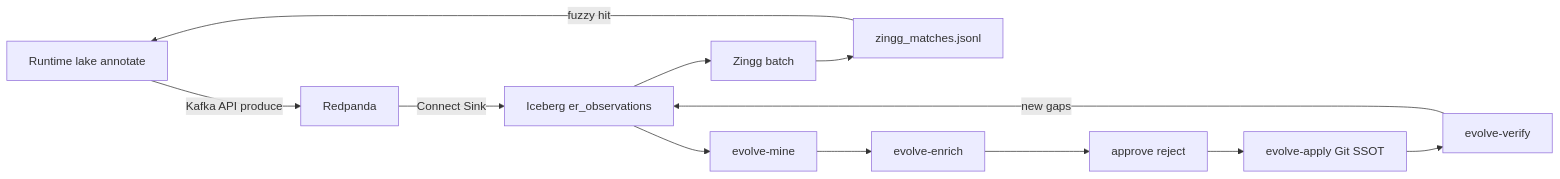
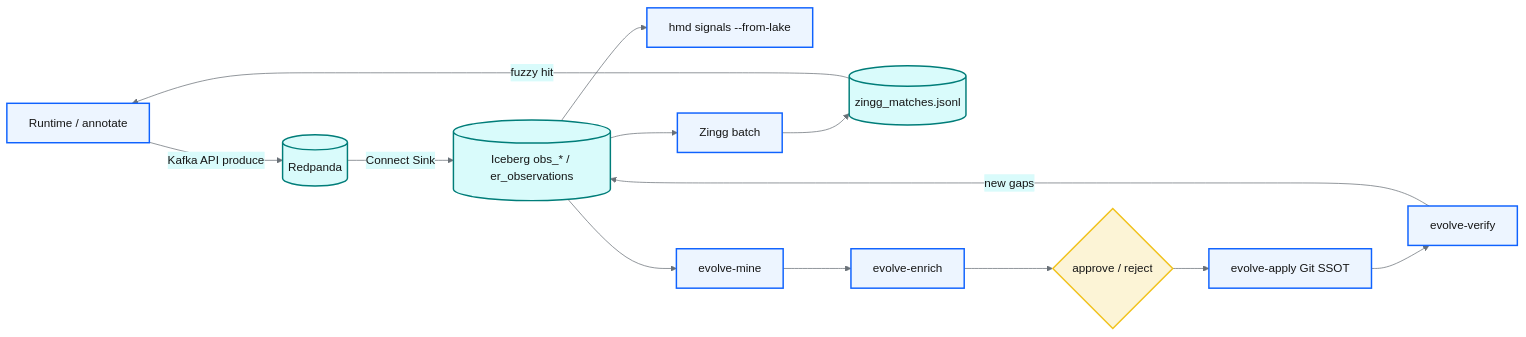
The second of 2 diagrams in docs/evolution/loop.md (zhiweio/biomed-ontology), drawn with Mermaid before and after one commit. The commit also changed other lines of this file and 6 other files, not shown here.

First line of the commit message:
docs: describe the obs bus as WHY projection and lake-backed miners

````diff
--- a/docs/evolution/loop.md
+++ b/docs/evolution/loop.md
@@ -115,22 +127,31 @@
 ```mermaid
+%%{init: {'theme':'base','themeVariables':{'primaryColor':'#edf5ff','primaryTextColor':'#161616','primaryBorderColor':'#0f62fe','lineColor':'#697077','secondaryColor':'#d9fbfb','tertiaryColor':'#f2f4f8'}}}%%
 flowchart LR
-  usage[Runtime lake annotate]
-  rp[Redpanda]
-  ice[Iceberg er_observations]
-  zingg[Zingg batch]
-  matches[zingg_matches.jsonl]
-  mine[evolve-mine]
-  enrich[evolve-enrich]
-  gate[approve reject]
-  apply[evolve-apply Git SSOT]
-  verify[evolve-verify]
+  usage["Runtime / annotate"]
+  rp[("Redpanda")]
+  ice[("Iceberg obs_* / er_observations")]
+  why["hmd signals --from-lake"]
+  zingg["Zingg batch"]
+  matches[("zingg_matches.jsonl")]
+  mine["evolve-mine"]
+  enrich["evolve-enrich"]
+  gate{"approve / reject"}
+  apply["evolve-apply Git SSOT"]
+  verify["evolve-verify"]
 
   usage -->|Kafka API produce| rp
   rp -->|Connect Sink| ice
   ice --> zingg
   ice --> mine
+  ice --> why
   zingg --> matches
   matches -->|fuzzy hit| usage
   mine --> enrich --> gate --> apply --> verify
   verify -->|new gaps| ice
+  classDef bpProcess fill:#edf5ff,stroke:#0f62fe,stroke-width:2px,color:#161616
+  classDef bpData fill:#d9fbfb,stroke:#007d79,stroke-width:2px,color:#161616
+  classDef bpDecision fill:#fcf4d6,stroke:#f1c21b,stroke-width:2px,color:#161616
+  class usage,zingg,mine,enrich,apply,verify,why bpProcess
+  class rp,ice,matches bpData
+  class gate bpDecision
 ```
````
